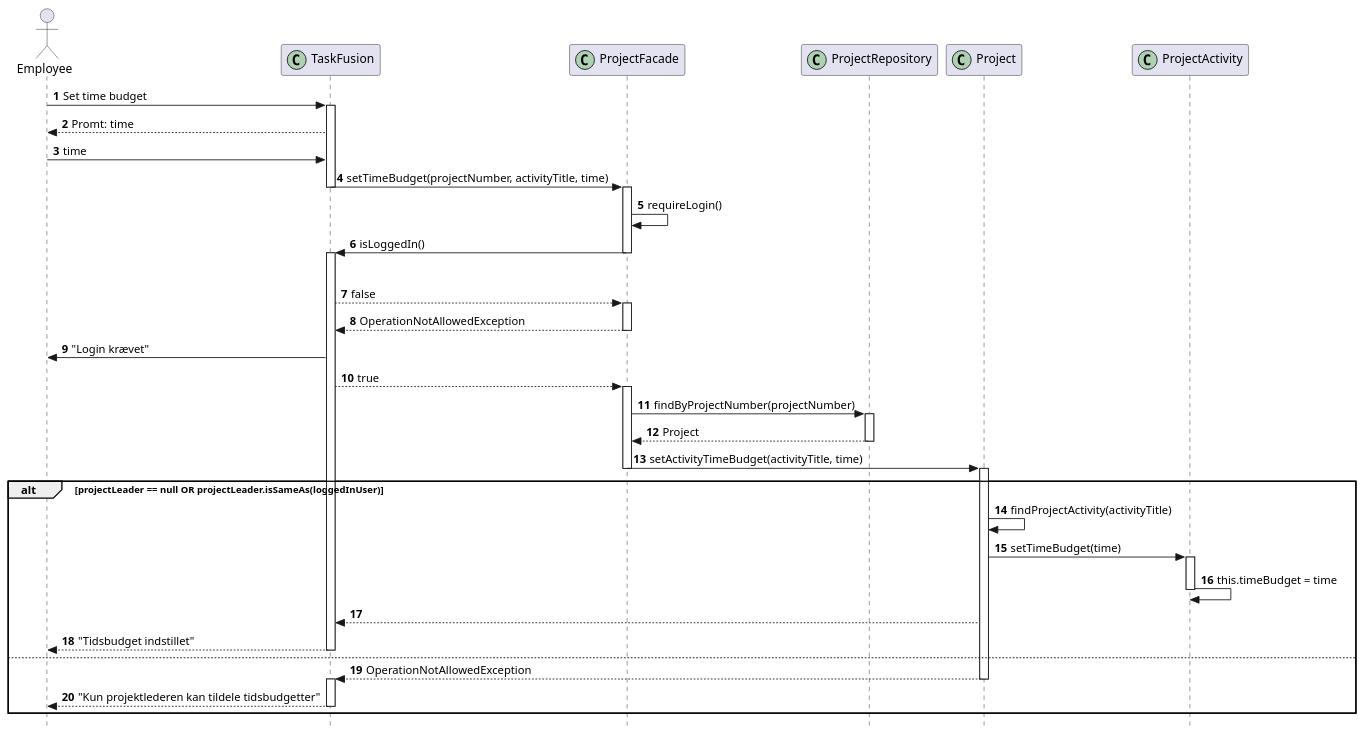
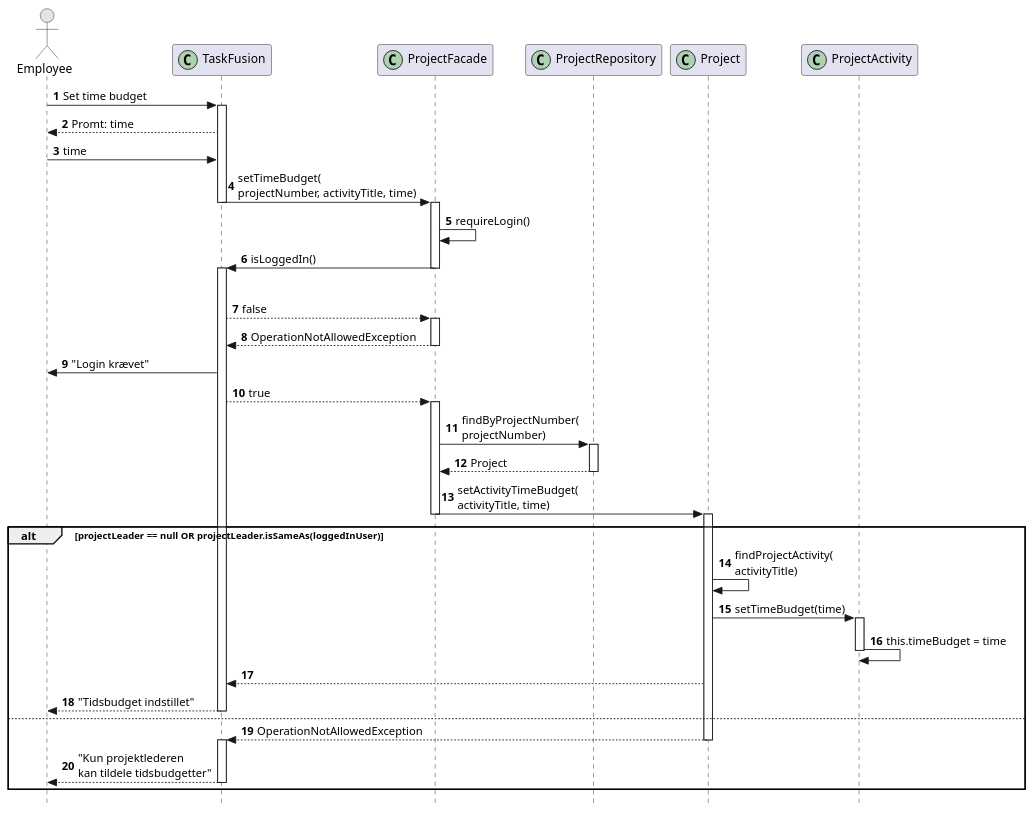
Before and after one commit to rwiuff/02161ExamProject: the diagram in RequirementsAndDesign/SequenceDiagrams/setTimeBudget.puml, drawn with PlantUML. The commit also changed 23 other files, not shown here.

```diff
--- a/RequirementsAndDesign/SequenceDiagrams/setTimeBudget.puml
+++ b/RequirementsAndDesign/SequenceDiagrams/setTimeBudget.puml
@@ -1,41 +1,41 @@
 @startuml seqSetTimeBudget
 autonumber
 hide footbox
 skinparam style strictuml
 hide unlinked
 actor "Employee" as employee
 participant "TaskFusion" as app << (C,#ADD1B2) >>
 participant "ProjectFacade" as projectfacade << (C,#ADD1B2) >>
 participant "ProjectRepository" as projectrepo << (C,#ADD1B2) >>
 participant "Project" as project << (C,#ADD1B2) >>
 collections "Map<String, Projects> projects" as projects << (M, Crimson) >>
 collections "Map<String, Employee> employees" as emps << (M,Crimson) >>
 participant "ProjectActivity" as projectactivity << (C,#ADD1B2) >>
 
 employee -> app++: Set time budget
 app --> employee: Promt: time
 employee -> app: time
-app -> projectfacade--++: setTimeBudget(projectNumber, activityTitle, time)
+app -> projectfacade--++: setTimeBudget(\nprojectNumber, activityTitle, time)
 projectfacade -> projectfacade: requireLogin()
 projectfacade -> app--++: isLoggedIn()
 alt loggedInUser == null
     app --> projectfacade++: false
     projectfacade --> app--: OperationNotAllowedException
     app -> employee: "Login krævet"
 else
     app --> projectfacade++: true
-    projectfacade -> projectrepo++: findByProjectNumber(projectNumber)
+    projectfacade -> projectrepo++: findByProjectNumber(\nprojectNumber)
     projectrepo --> projectfacade--: Project
-    projectfacade -> project--++: setActivityTimeBudget(activityTitle, time)
+    projectfacade -> project--++: setActivityTimeBudget(\nactivityTitle, time)
     alt projectLeader == null OR projectLeader.isSameAs(loggedInUser)
-        project -> project: findProjectActivity(activityTitle)
+        project -> project: findProjectActivity(\nactivityTitle)
         project -> projectactivity++: setTimeBudget(time)
         projectactivity -> projectactivity: this.timeBudget = time
         deactivate projectactivity
         project --> app
         app --> employee--: "Tidsbudget indstillet"
     else
         project --> app--++: OperationNotAllowedException
-        app --> employee--: "Kun projektlederen kan tildele tidsbudgetter"
+        app --> employee--: "Kun projektlederen\nkan tildele tidsbudgetter"
     end
     @enduml
```
